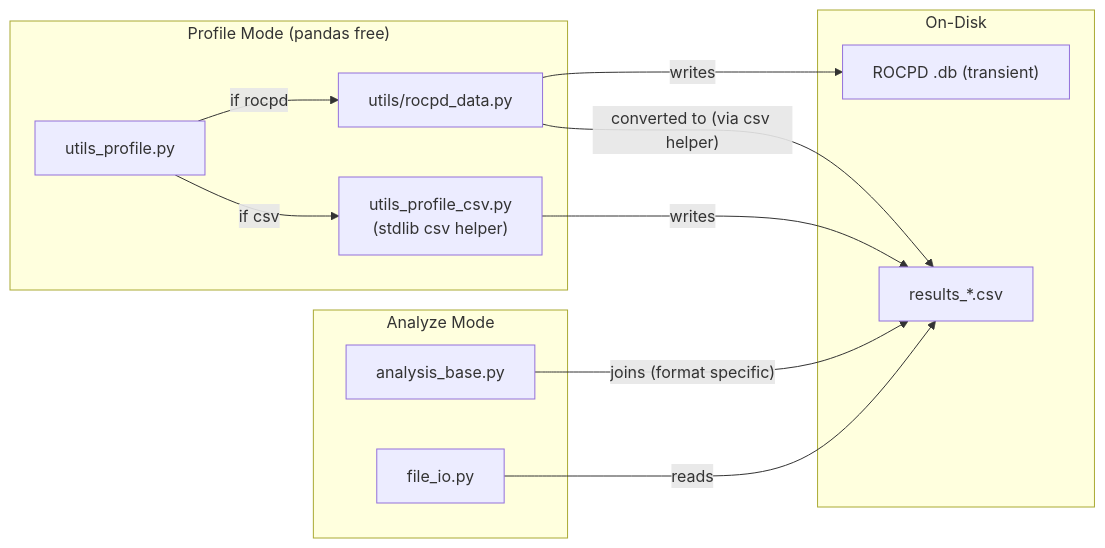
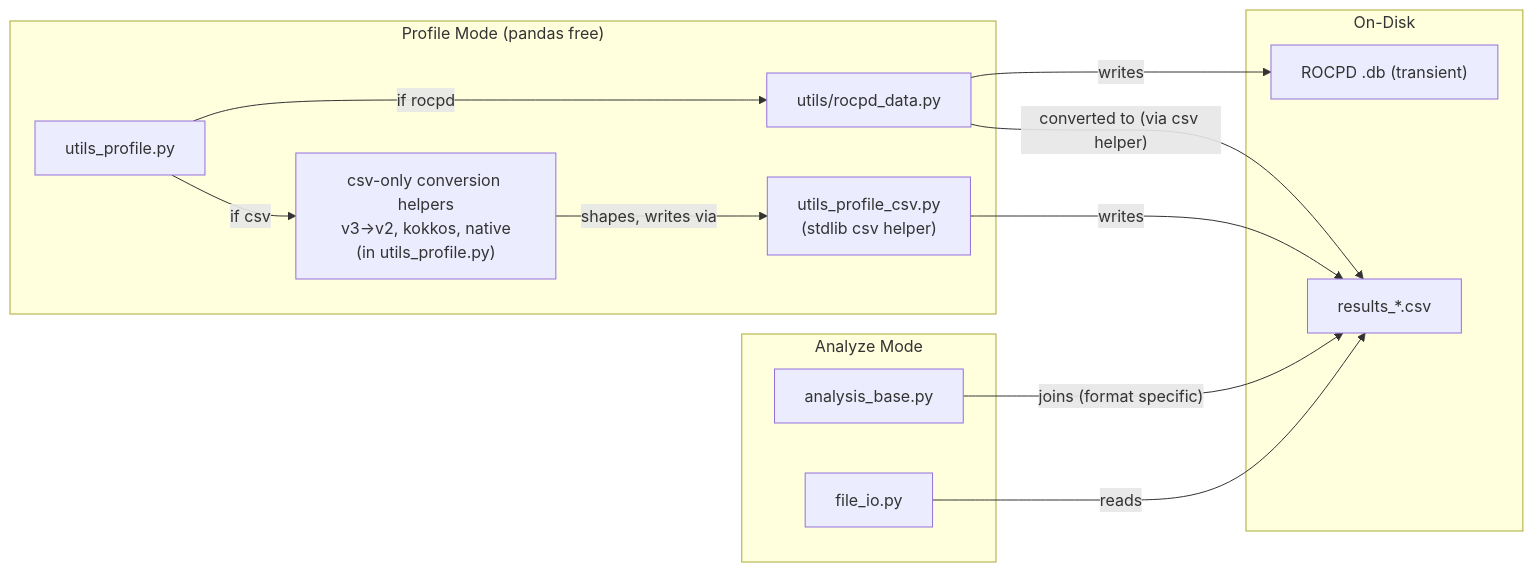
Before and after one commit to bergetbjork/rocm-systems: the first of 8 diagrams in projects/rocprofiler-compute/docs/design/profile_interface_architecture.md, drawn with Mermaid. The commit also changed other lines of this file, not shown here.

````diff
--- a/projects/rocprofiler-compute/docs/design/profile_interface_architecture.md
+++ b/projects/rocprofiler-compute/docs/design/profile_interface_architecture.md
@@ -188,23 +188,25 @@
 ```mermaid
 flowchart LR
     subgraph profile["Profile Mode (pandas free)"]
         uprof["utils_profile.py"]
+        csvconv["csv-only conversion helpers<br/>v3->v2, kokkos, native<br/>(in utils_profile.py)"]
         urocpd["utils/rocpd_data.py"]
         ucsv["utils_profile_csv.py<br/>(stdlib csv helper)"]
     end
     subgraph analyze["Analyze Mode"]
         abase["analysis_base.py"]
         fio["file_io.py"]
     end
     subgraph disk["On-Disk"]
         db["ROCPD .db (transient)"]
         res["results_*.csv"]
     end
     uprof -->|"if rocpd"| urocpd
-    uprof -->|"if csv"| ucsv
+    uprof -->|"if csv"| csvconv
     urocpd -->|"writes"| db
     urocpd -->|"converted to (via csv helper)"| res
+    csvconv -->|"shapes, writes via"| ucsv
     ucsv -->|"writes"| res
     abase -->|"joins (format specific)"| res
     fio -->|"reads"| res
 ```
````
